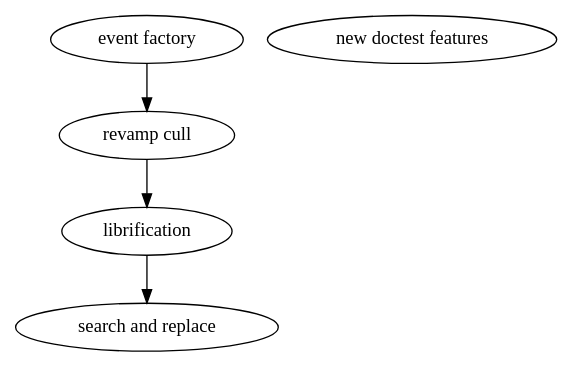
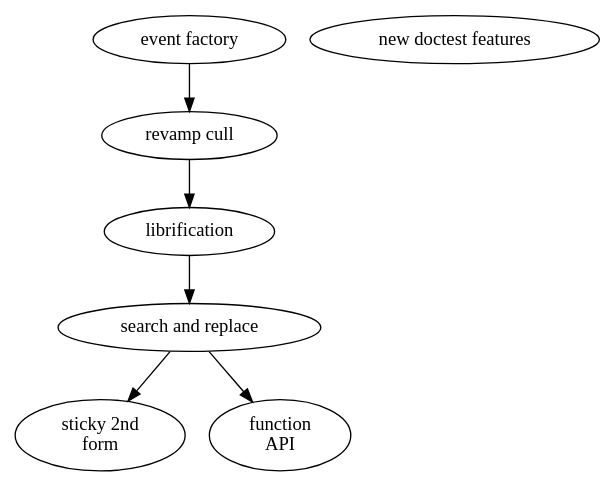
One commit to hipe/tmx changed the diagram in doc/the-big-picture-of-now-02.dot. Above: the diagram before and after it, drawn with Graphviz. The commit also changed 16 other files, not shown here.

```diff
--- a/doc/the-big-picture-of-now-02.dot
+++ b/doc/the-big-picture-of-now-02.dot
@@ -1,16 +1,22 @@
 digraph {
 
   lib [label="librification"]
 
   dct [label="new doctest features"]
 
   ev [label="event factory"]
 
   cu [label="revamp cull"]
 
   sr [label="search and replace"]
 
+  st [label="sticky 2nd\nform"]
+
+  fu [label="function\nAPI"]
+
   cu->lib
   ev->cu
   lib->sr
+  sr->st
+  sr->fu
 }
```
